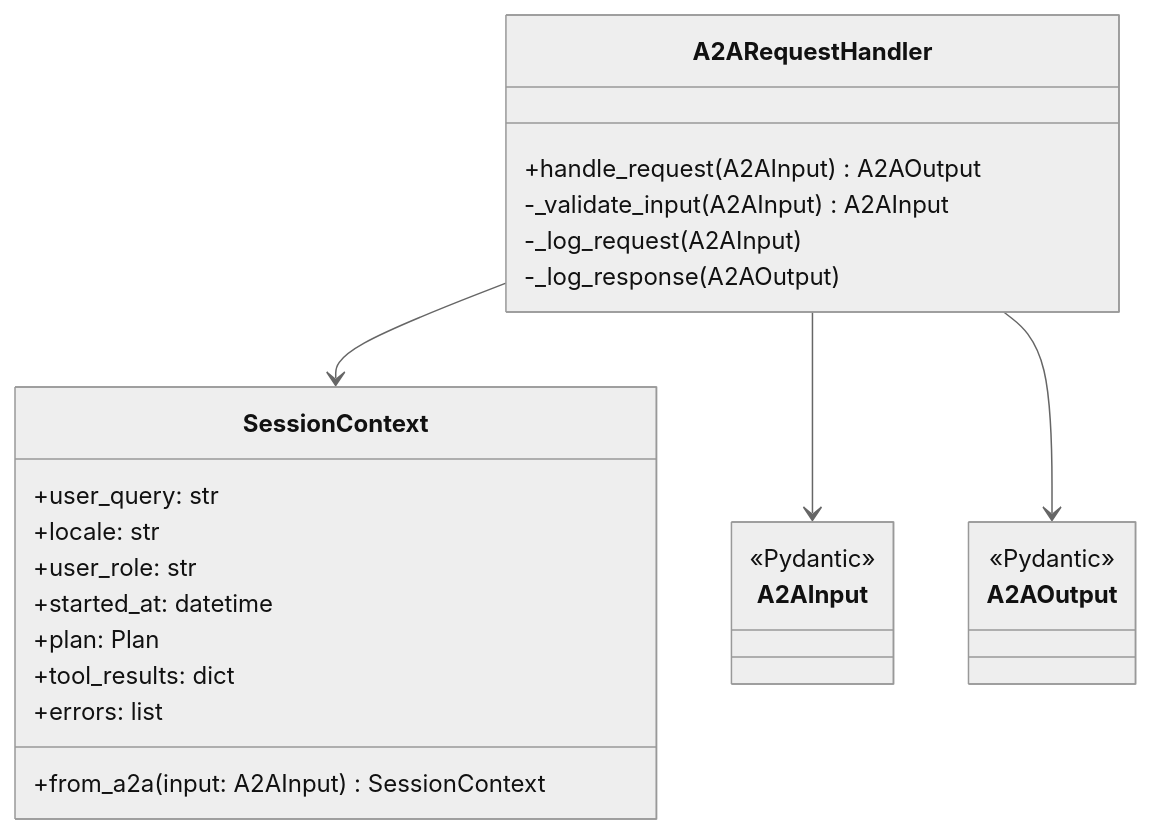
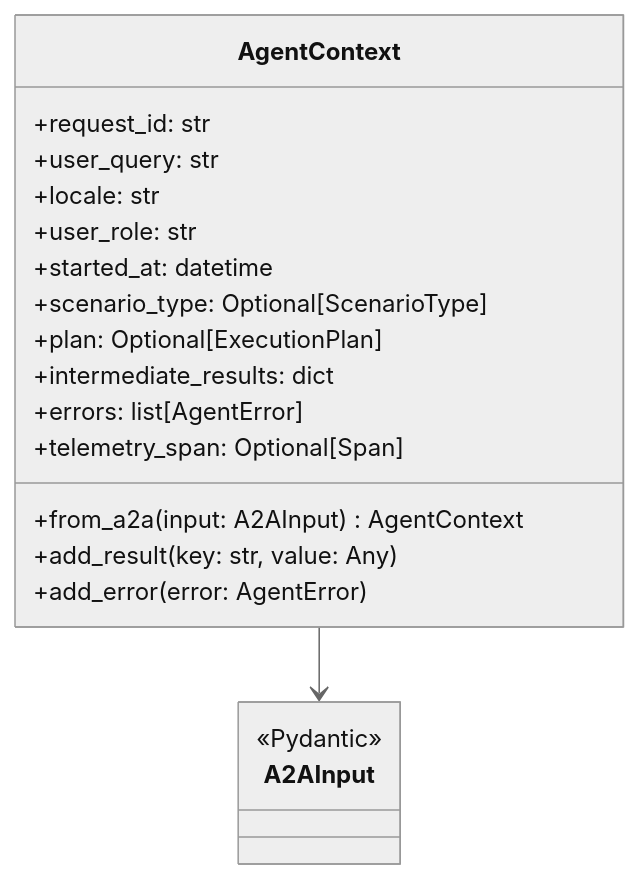
Before and after one commit to trustmycode/MOEX-Agent-MCP: the first of 7 diagrams in docs/c4_level_4_code_ai_agent.md, drawn with Mermaid (neutral theme). The commit also changed other lines of this file and 9 other files, not shown here.

First line of the commit message:
Refactor architecture documentation to reflect multi-agent system implementation

````diff
--- a/docs/c4_level_4_code_ai_agent.md
+++ b/docs/c4_level_4_code_ai_agent.md
@@ -70,31 +79,24 @@
 ```mermaid
 classDiagram
-    class A2ARequestHandler {
-      +handle_request(A2AInput) A2AOutput
-      -_validate_input(A2AInput) A2AInput
-      -_log_request(A2AInput)
-      -_log_response(A2AOutput)
-    }
-
-    class SessionContext {
-      +user_query: str
-      +locale: str
-      +user_role: str
-      +started_at: datetime
-      +plan: Plan
-      +tool_results: dict
-      +errors: list
-      +from_a2a(input: A2AInput) SessionContext
+    class AgentContext {
+        +request_id: str
+        +user_query: str
+        +locale: str
+        +user_role: str
+        +started_at: datetime
+        +scenario_type: Optional[ScenarioType]
+        +plan: Optional[ExecutionPlan]
+        +intermediate_results: dict
+        +errors: list[AgentError]
+        +telemetry_span: Optional[Span]
+        +from_a2a(input: A2AInput) AgentContext
+        +add_result(key: str, value: Any)
+        +add_error(error: AgentError)
     }
 
     class A2AInput {
-      <<Pydantic>>
-    }
-    class A2AOutput {
-      <<Pydantic>>
+        <<Pydantic>>
     }
 
-    A2ARequestHandler --> SessionContext
-    A2ARequestHandler --> A2AInput
-    A2ARequestHandler --> A2AOutput
+    AgentContext --> A2AInput
 ```
````
